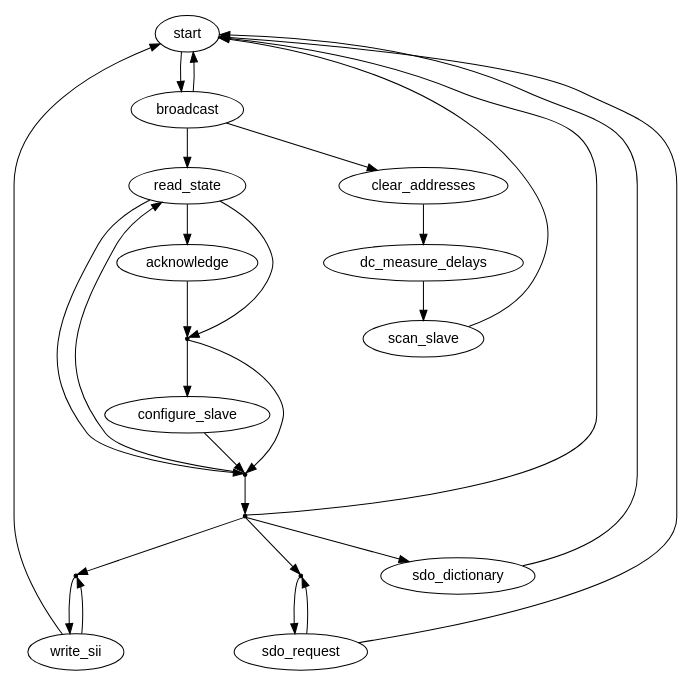
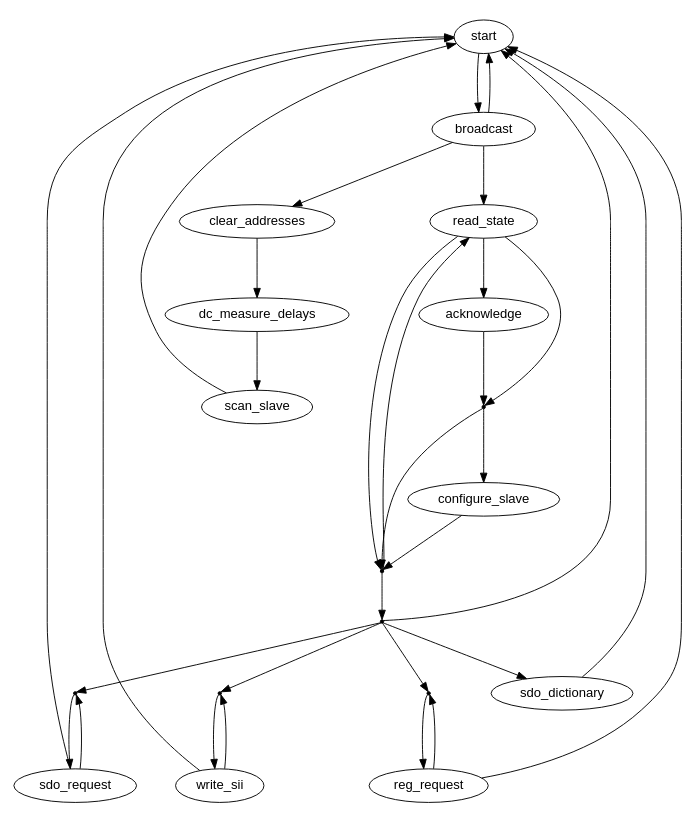
One commit to ribalda/ethercat changed the diagram in documentation/graphs/fsm_master.dot. Above: the diagram before and after it, drawn with Graphviz.

Commit message:
Updated master state graph.

```diff
--- a/documentation/graphs/fsm_master.dot
+++ b/documentation/graphs/fsm_master.dot
@@ -1,57 +1,64 @@
 
 /* $Id$ */
 
 digraph master {
     size="7,9"
     center=1
     ratio=fill
     node [fontname="Helvetica"]
 
     start -> broadcast [weight=10]
 
     broadcast -> start
     broadcast -> clear_addresses
     broadcast -> read_state [weight=10]
 
     action_process_sii [shape=point,label=""]
     action_process_sii -> write_sii
 
     action_process_sdo [shape=point,label=""]
     action_process_sdo -> sdo_request
 
+    action_process_register [shape=point,label=""]
+    action_process_register -> reg_request
+
     action_idle [shape=point,label=""]
     action_idle -> action_process_sdo
     action_idle -> sdo_dictionary
     action_idle -> action_process_sii
+    action_idle -> action_process_register
     action_idle -> start
 
     action_next_slave_state [shape=point,label=""]
     action_next_slave_state -> read_state
     action_next_slave_state -> action_idle [weight=10]
     
     action_configure [shape=point,label=""]
     action_configure -> configure_slave [weight=10]
     action_configure -> action_next_slave_state
 
     read_state -> acknowledge [weight=10]
     read_state -> action_configure
     read_state -> action_next_slave_state
 
     acknowledge -> action_configure [weight=10]
 
     clear_addresses -> dc_measure_delays [weight=10]
 
     dc_measure_delays -> scan_slave [weight=10]
 
     scan_slave -> start
 
     configure_slave -> action_next_slave_state
 
     write_sii -> action_process_sii
     write_sii -> start
 
     sdo_dictionary -> start
 
     sdo_request -> action_process_sdo
     sdo_request -> start
+
+    reg_request -> action_process_register
+    reg_request -> start
 }
```
